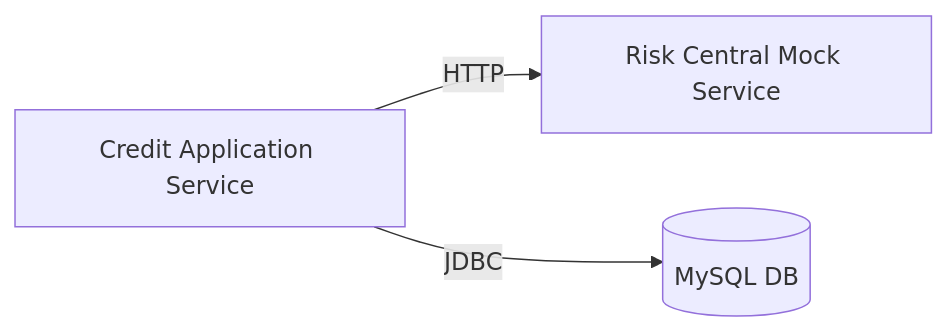
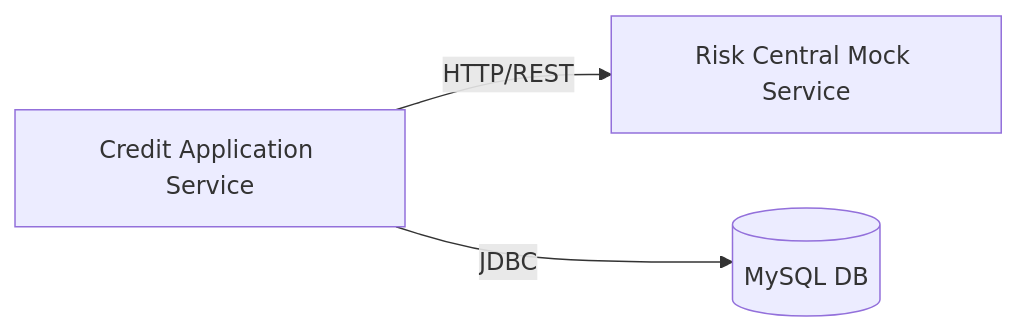
One commit to TianMHDev/CoopCredit changed the second of 2 diagrams in README.md. Above: the diagram before and after it, drawn with Mermaid. The commit also changed other lines of this file and 12 other files, not shown here.

````diff
--- a/README.md
+++ b/README.md
@@ -38,5 +54,5 @@
 ```mermaid
 graph LR
-    App[Credit Application Service] --HTTP--> Risk[Risk Central Mock Service]
+    App[Credit Application Service] --HTTP/REST--> Risk[Risk Central Mock Service]
     App --JDBC--> DB[(MySQL DB)]
 ```
````
